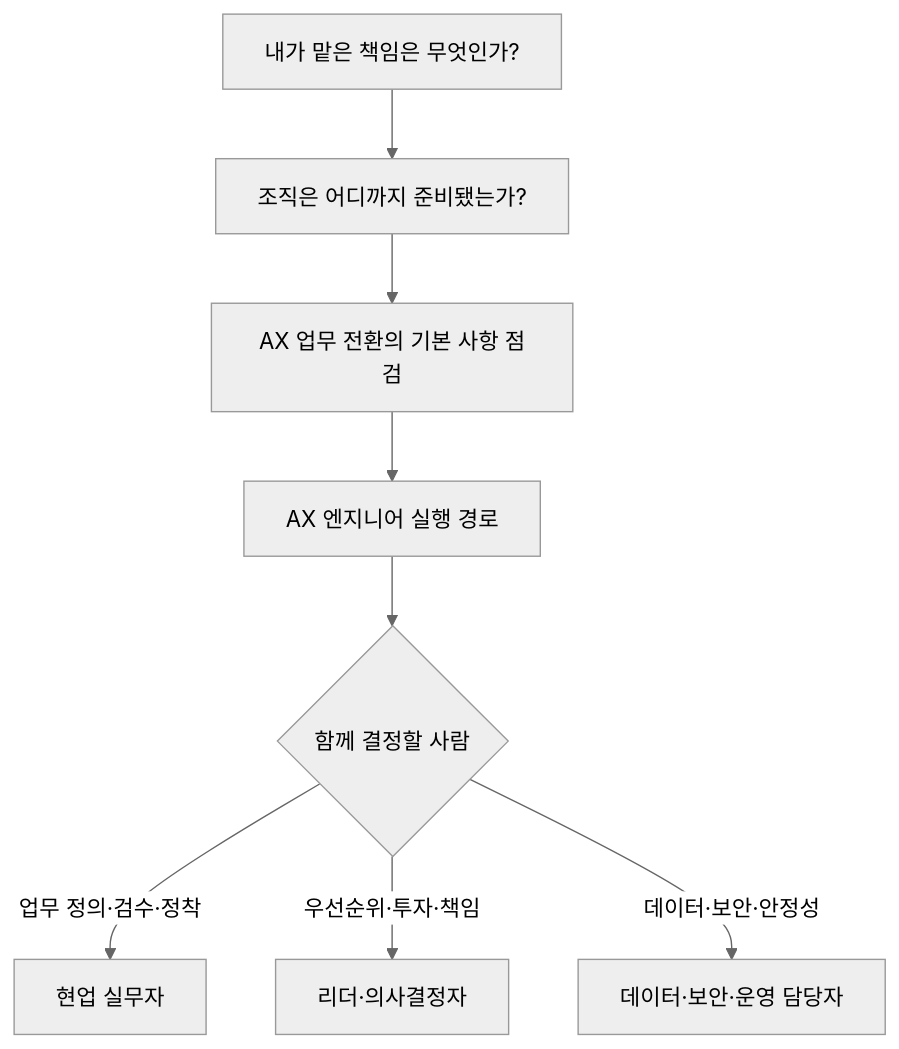
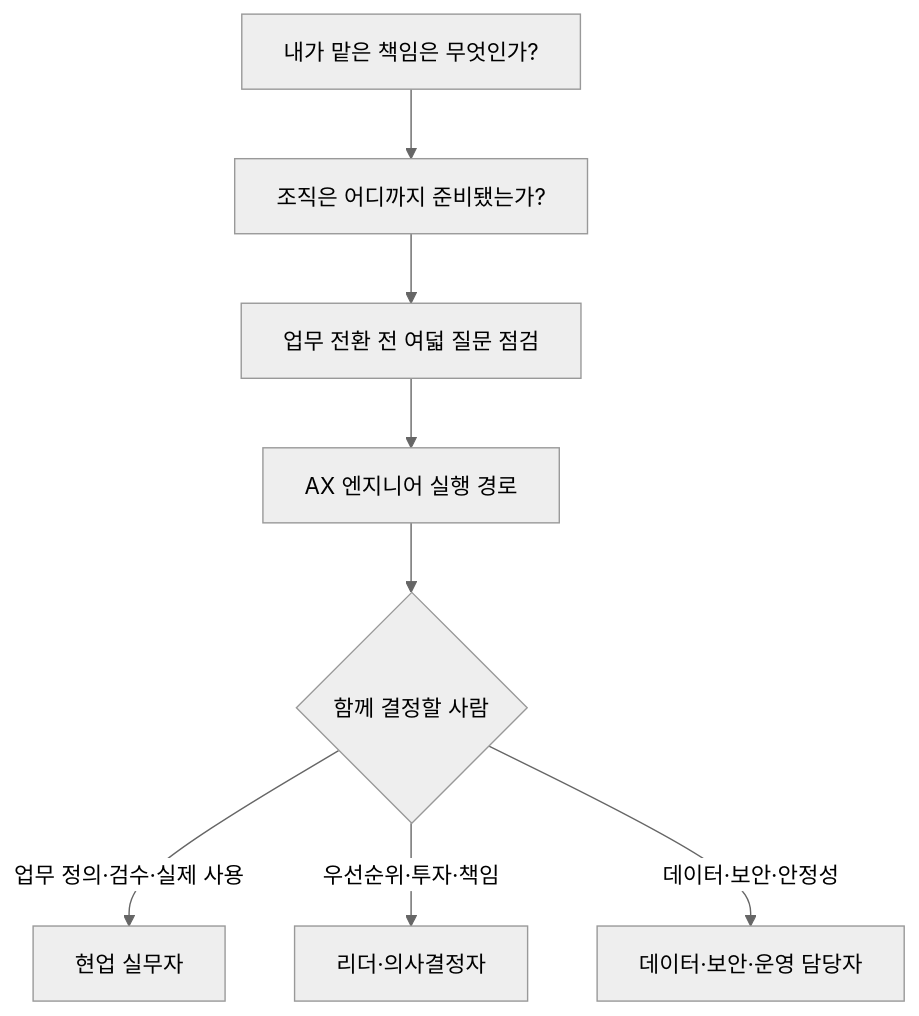
One commit to woogi-kang/ax-engineer-roadmap changed the diagram in start-here/README.md. Above: the diagram before and after it, drawn with Mermaid (neutral theme). The commit also changed other lines of this file and 217 other files, not shown here.

First line of the commit message:
docs: refresh AX roadmap and retire legacy site (#29)

````diff
--- a/start-here/README.md
+++ b/start-here/README.md
@@ -5,10 +5,10 @@
 ```mermaid
 flowchart TD
     A["내가 맡은 책임은 무엇인가?"] --> B["조직은 어디까지 준비됐는가?"]
-    B --> C["AX 업무 전환의 기본 사항 점검"]
+    B --> C["업무 전환 전 여덟 질문 점검"]
     C --> D["AX 엔지니어 실행 경로"]
     D --> E{"함께 결정할 사람"}
-    E -->|"업무 정의·검수·정착"| F["현업 실무자"]
+    E -->|"업무 정의·검수·실제 사용"| F["현업 실무자"]
     E -->|"우선순위·투자·책임"| G["리더·의사결정자"]
     E -->|"데이터·보안·안정성"| H["데이터·보안·운영 담당자"]
 ```
````
